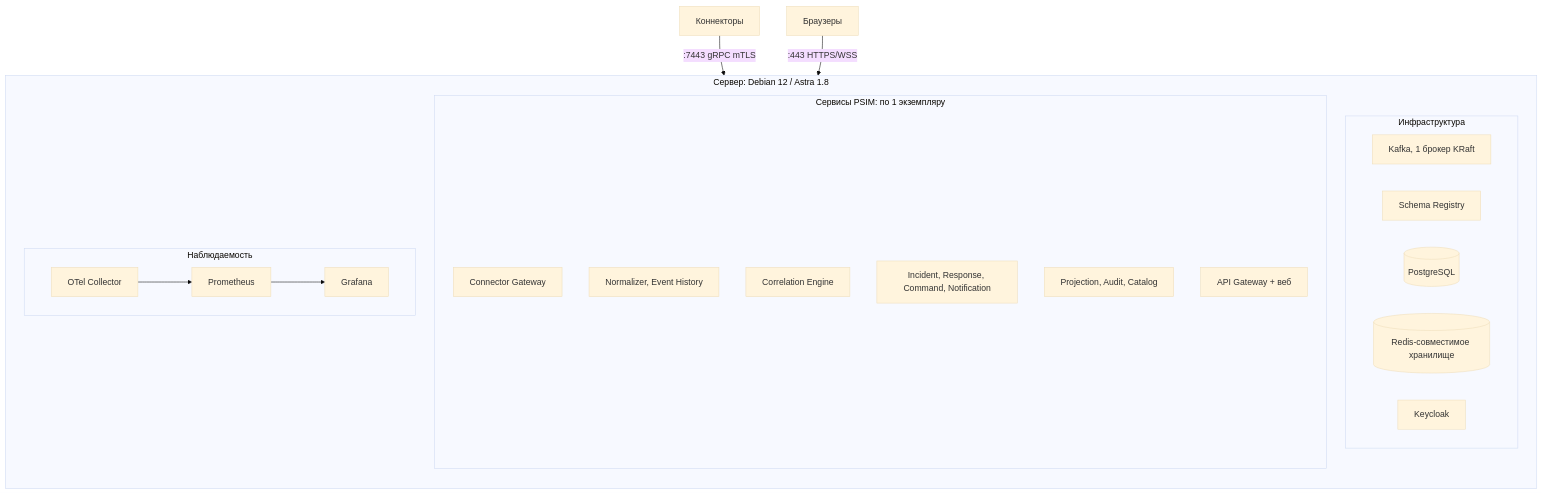
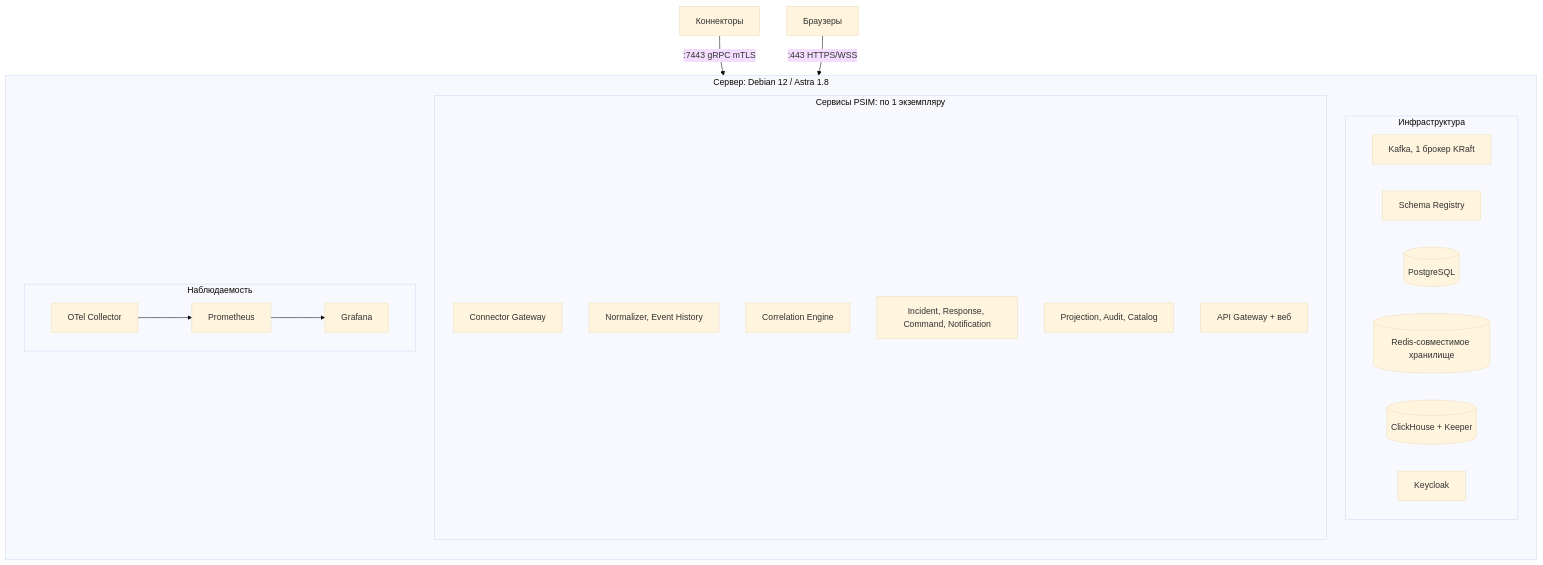
One commit to d8zerg/psim changed the first of 2 diagrams in docs/architecture/deployment.md. Above: the diagram before and after it, drawn with Mermaid (base theme). The commit also changed other lines of this file and 76 other files, not shown here.

````diff
--- a/docs/architecture/deployment.md
+++ b/docs/architecture/deployment.md
@@ -24,26 +24,27 @@
 ```mermaid
 flowchart TB
     subgraph HOST [Сервер: Debian 12 / Astra 1.8]
         direction TB
         subgraph INFRA [Инфраструктура]
             K[Kafka, 1 брокер KRaft]
             SR[Schema Registry]
             PG[(PostgreSQL)]
             R[(Redis-совместимое хранилище)]
+            CH[(ClickHouse + Keeper)]
             KC[Keycloak]
         end
         subgraph APP [Сервисы PSIM: по 1 экземпляру]
             S1[Connector Gateway]
             S2[Normalizer, Event History]
             S3[Correlation Engine]
             S4[Incident, Response, Command, Notification]
             S5[Projection, Audit, Catalog]
             S6[API Gateway + веб]
         end
         subgraph OBS [Наблюдаемость]
             OC[OTel Collector] --> PR[Prometheus] --> GR[Grafana]
         end
     end
     CONN[Коннекторы] -- ":7443 gRPC mTLS" --> S1
     USR[Браузеры] -- ":443 HTTPS/WSS" --> S6
 ```
````
